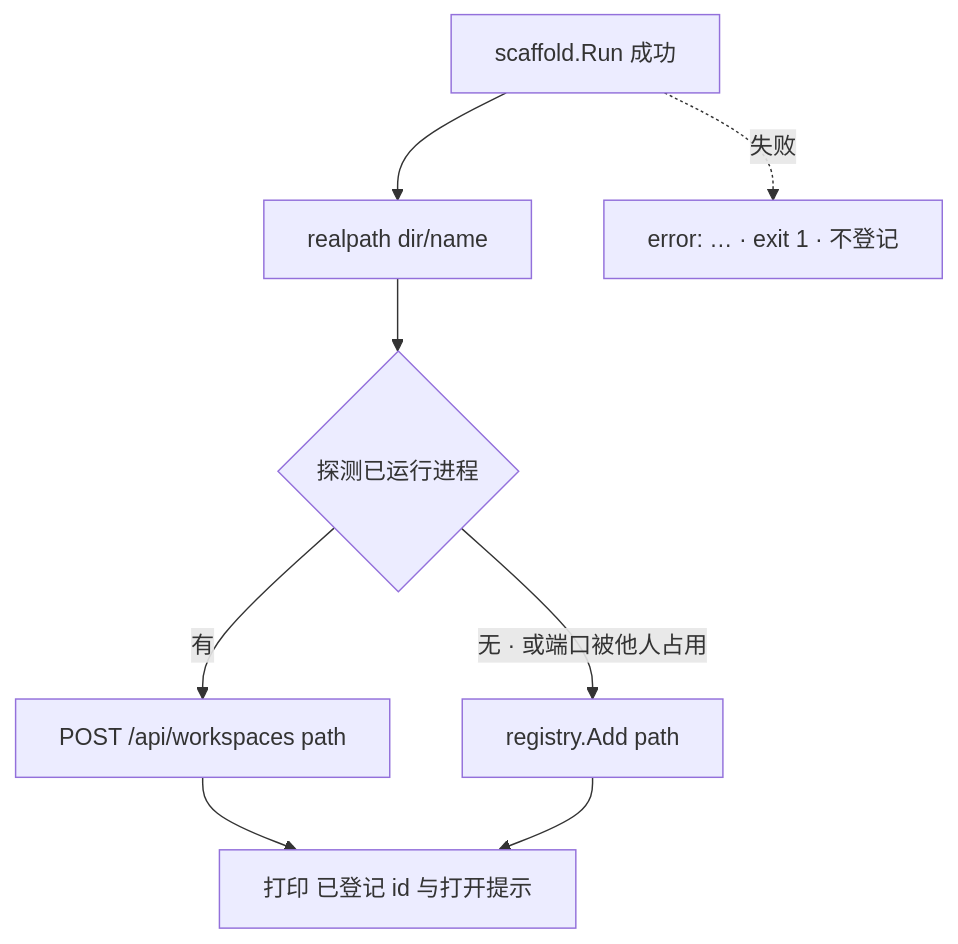
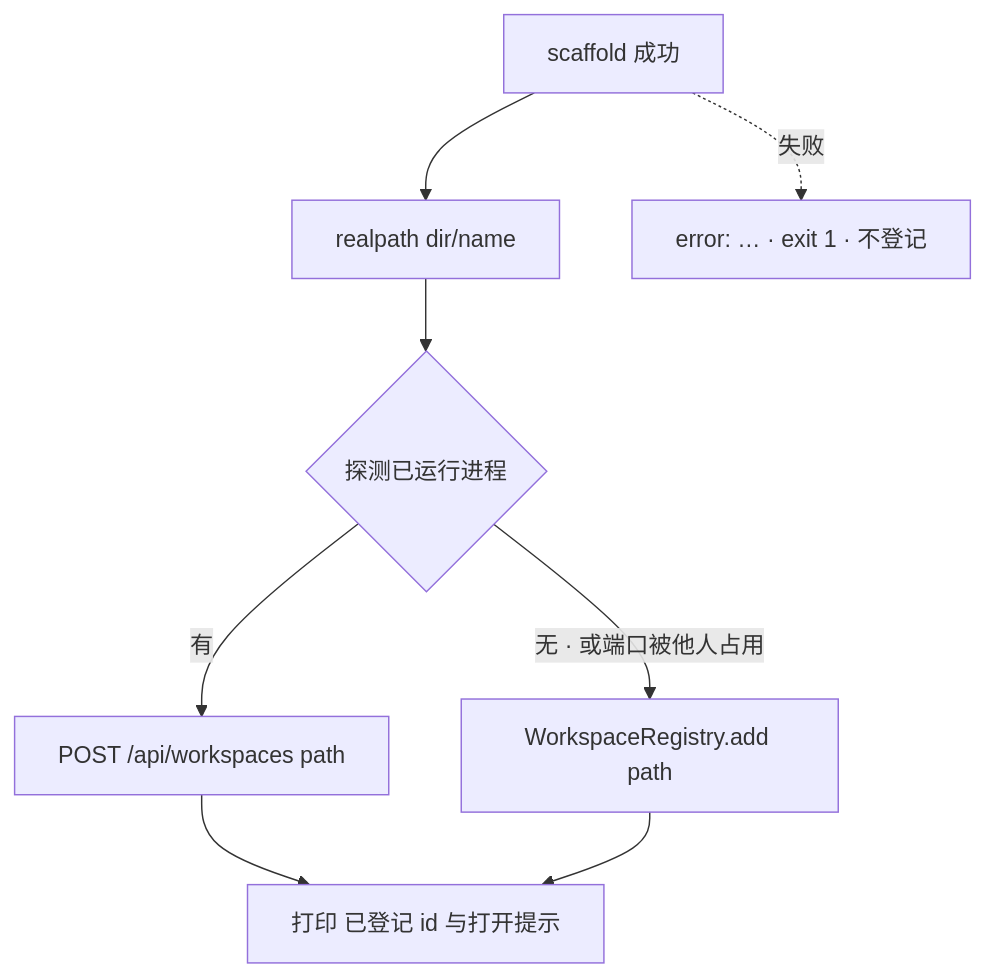
One commit to ryan-alexander-zhang/persimmon changed the third of 3 diagrams in docs/design/design-00004-persimmon-cli.md. Above: the diagram before and after it, drawn with Mermaid. The commit also changed other lines of this file and 16 other files, not shown here.

````diff
--- a/docs/design/design-00004-persimmon-cli.md
+++ b/docs/design/design-00004-persimmon-cli.md
@@ -145,9 +181,9 @@
 ```mermaid
 flowchart TD
-  A[scaffold.Run 成功] --> B[realpath dir/name]
+  A[scaffold 成功] --> B[realpath dir/name]
   B --> C{探测已运行进程}
   C -->|有| D[POST /api/workspaces path]
-  C -->|无 · 或端口被他人占用| E[registry.Add path]
+  C -->|无 · 或端口被他人占用| E[WorkspaceRegistry.add path]
   D & E --> F[打印 已登记 id 与打开提示]
   A -.失败.-> X[error: … · exit 1 · 不登记]
 ```
````
